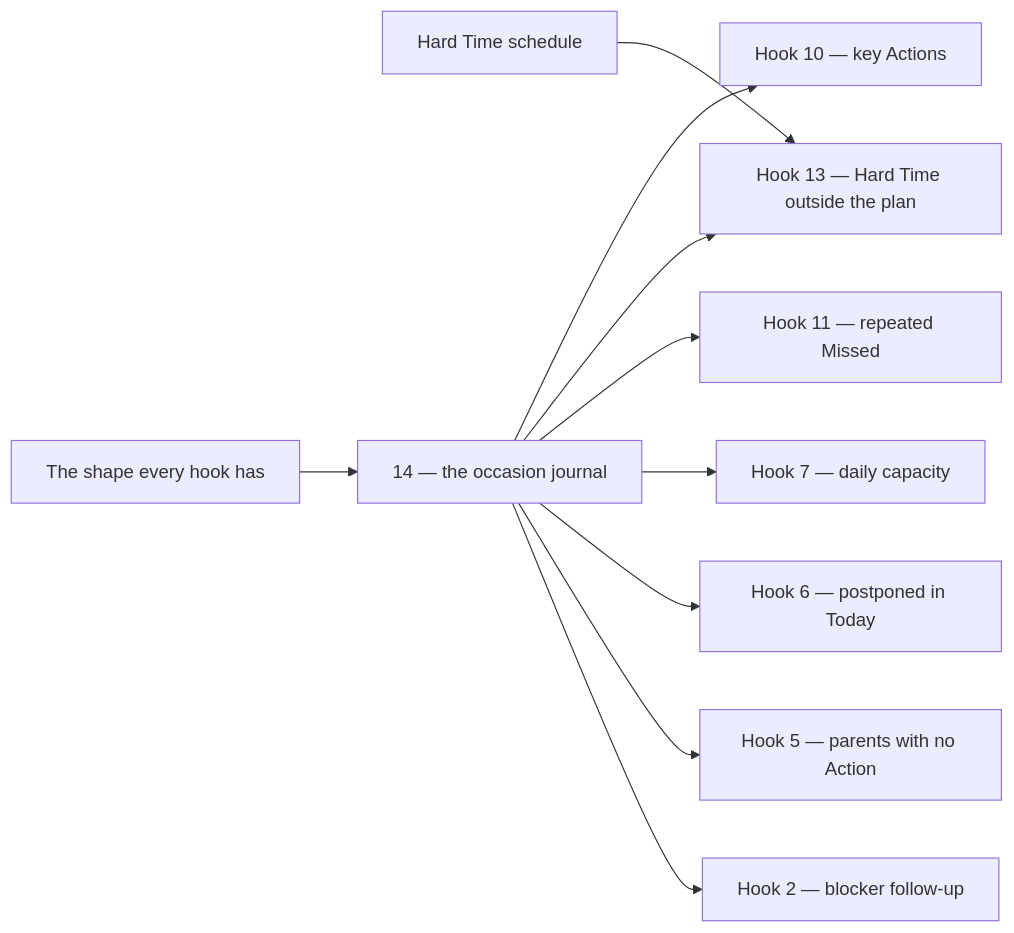
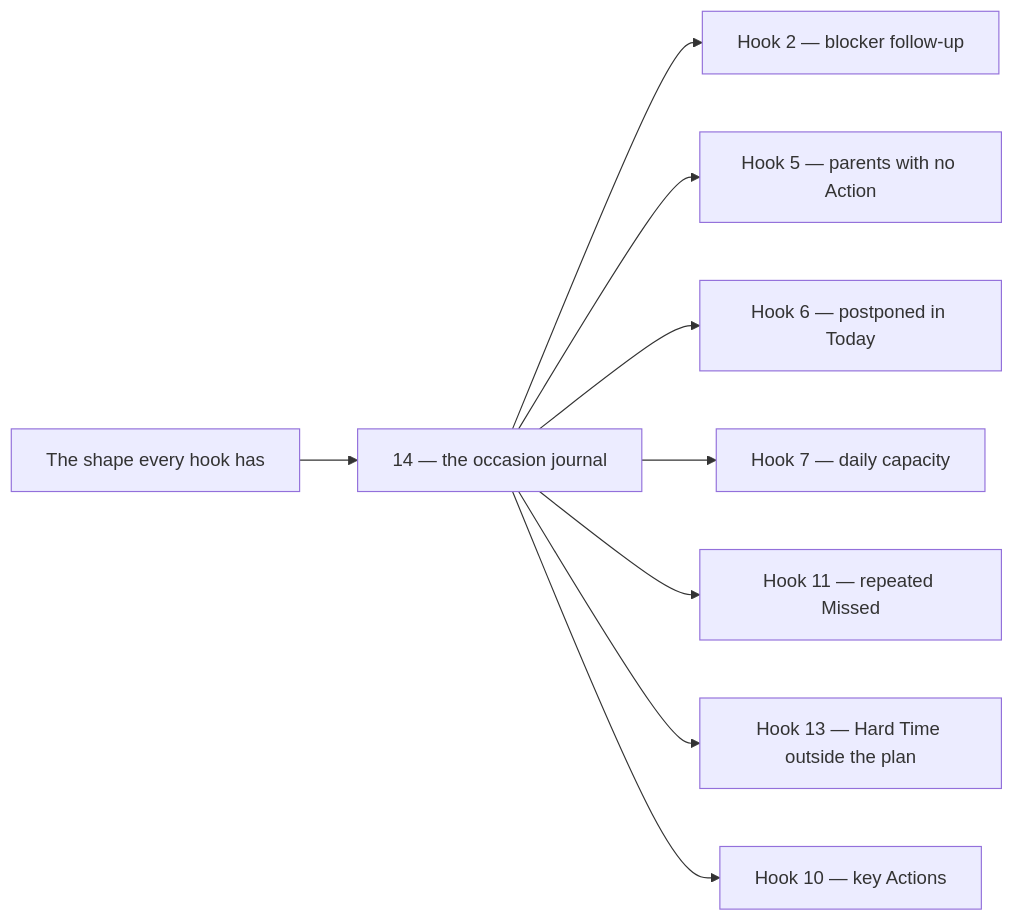
Before and after one commit to myvaheed/tg-ai-safwa: the diagram in docs/PLAN_FEATURES.md, drawn with Mermaid. The commit also changed other lines of this file and 31 other files, not shown here.

Commit message:
v9.53 Hard Time is a Reminder's schedule carried by a Card, with its next occurrence and what fixes it

````diff
--- a/docs/PLAN_FEATURES.md
+++ b/docs/PLAN_FEATURES.md
@@ -145,15 +152,14 @@
 ```mermaid
 flowchart LR
   h5["Hook 5 — parents with no Action"]
   h7["Hook 7 — daily capacity"]
-  hardtime["Hard Time schedule"] --> h13["Hook 13 — Hard Time outside the plan"]
   h10["Hook 10 — key Actions"]
   shape["The shape every hook has"] --> journal
   journal["14 — the occasion journal"] --> h2["Hook 2 — blocker follow-up"]
   journal --> h5
   journal --> h6["Hook 6 — postponed in Today"]
   journal --> h7
   journal --> h11["Hook 11 — repeated Missed"]
-  journal --> h13
+  journal --> h13["Hook 13 — Hard Time outside the plan"]
   journal --> h10
 ```
````
